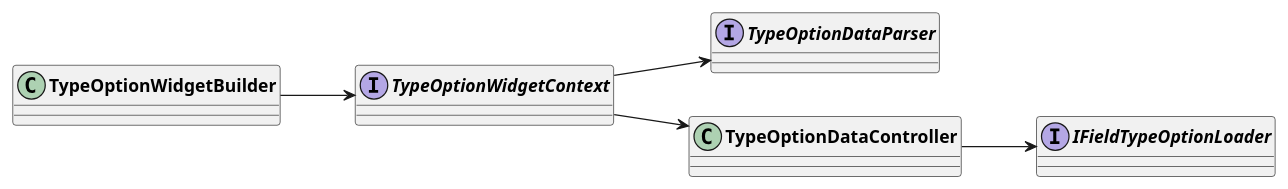
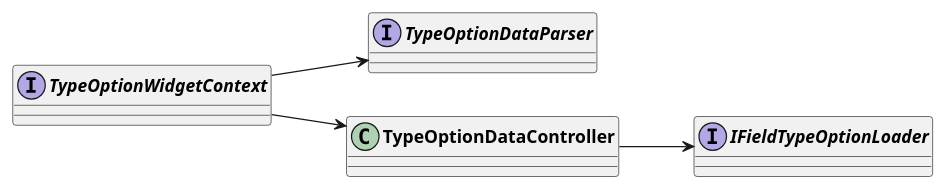
The second of 4 diagrams in uml/dart_classes/grid_field.plantuml (AppFlowy-IO/AppFlowy-Docs), drawn with PlantUML before and after one commit. The commit also changed other lines of this file and 5 other files, not shown here.

Commit message:
chore: add more diagrams

```diff
--- a/uml/dart_classes/grid_field.plantuml
+++ b/uml/dart_classes/grid_field.plantuml
@@ -30,15 +30,14 @@
 @startuml Field Type Option Widget Builder
 skinparam classFontStyle Bold
 skinparam ActivityBackgroundColor Silver
 skinparam ActivityBorderColor DimGray
 left to right direction
 
 interface TypeOptionWidgetContext
 interface TypeOptionDataParser
 interface IFieldTypeOptionLoader
 
-TypeOptionWidgetBuilder --> TypeOptionWidgetContext
 TypeOptionWidgetContext --> TypeOptionDataController
 TypeOptionDataController --> IFieldTypeOptionLoader
 TypeOptionWidgetContext --> TypeOptionDataParser
 @enduml
```
